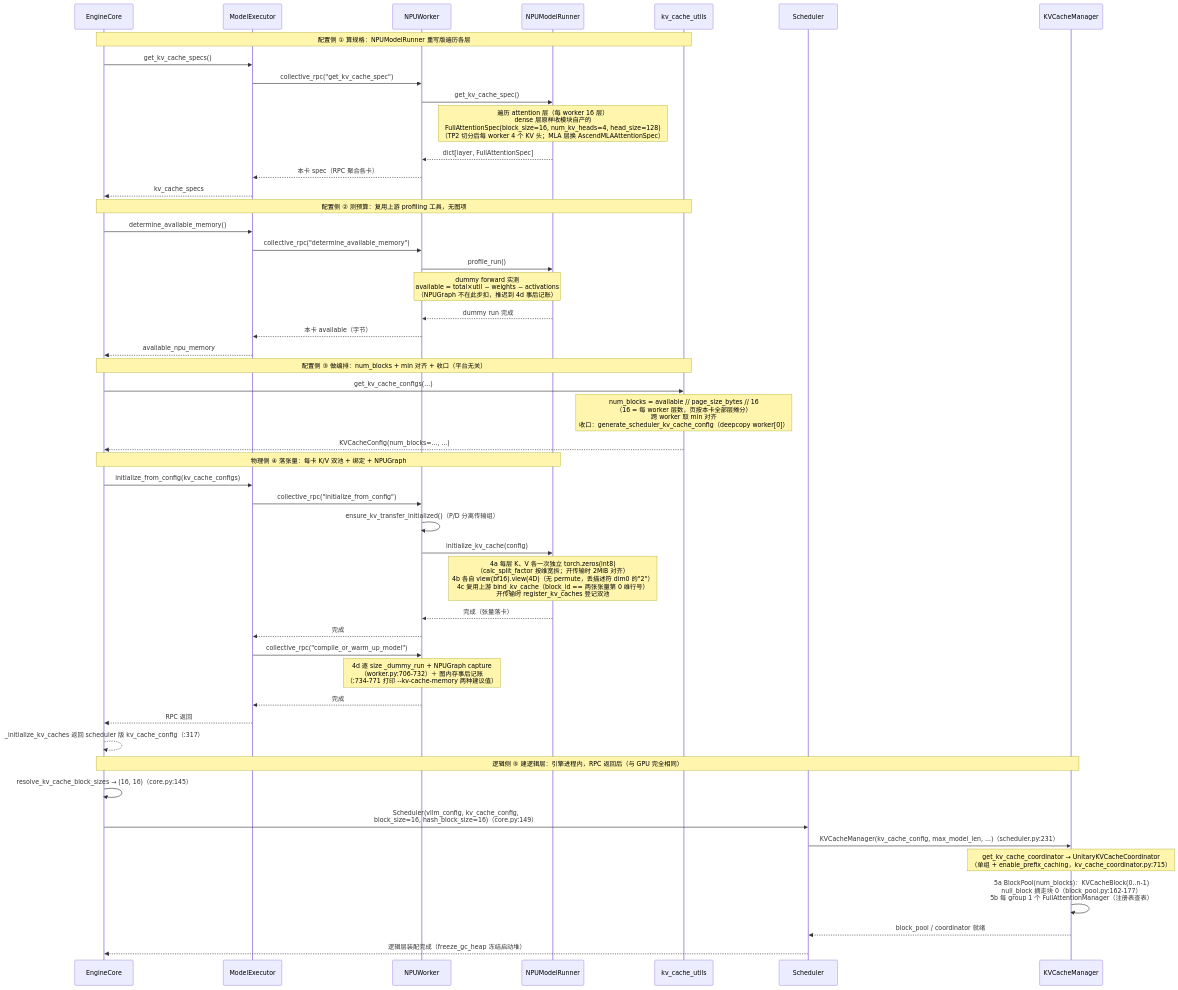
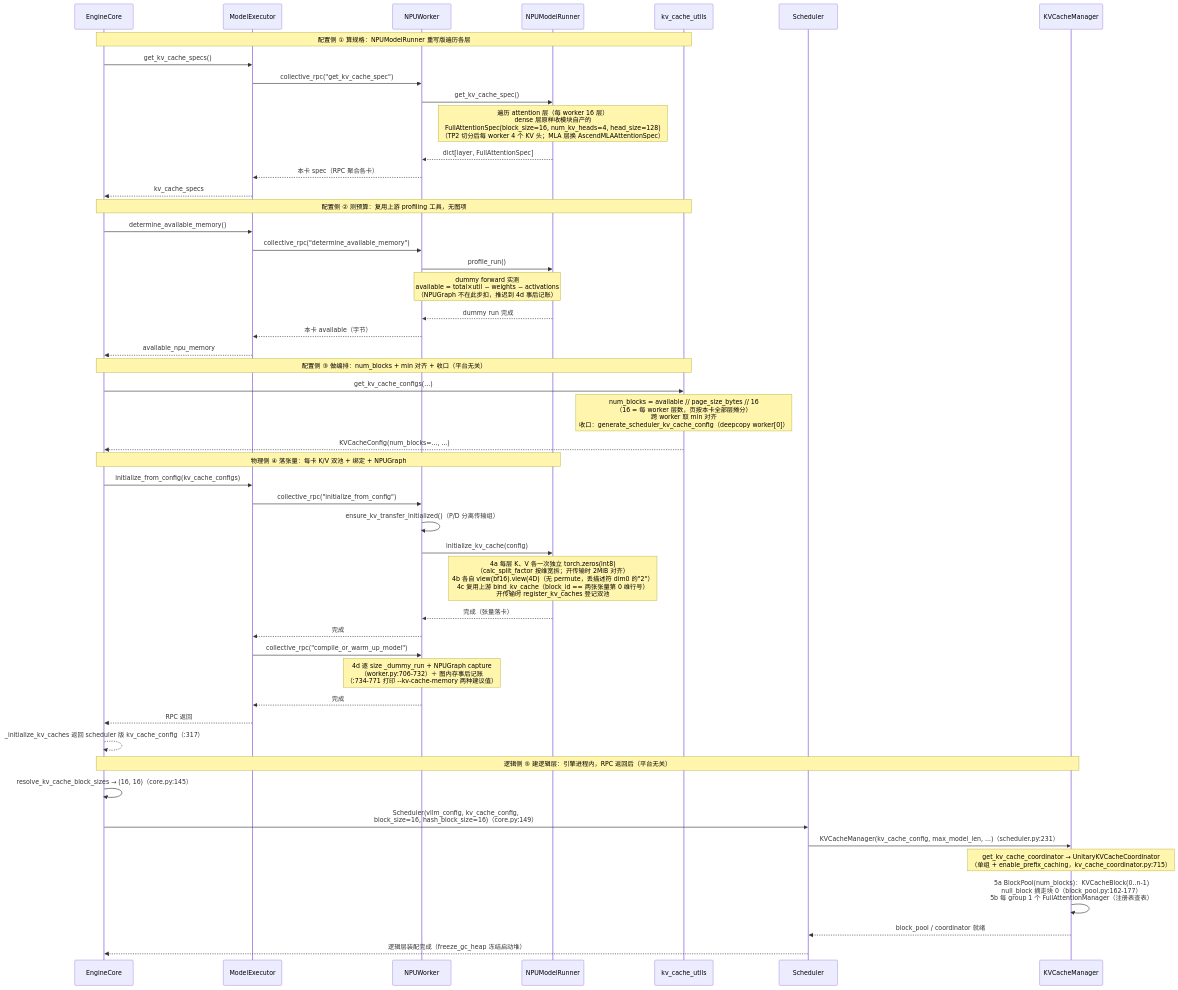
The diagram in vllm/v1/core/kvcache_study/kvcache_docs_v2/docs_npu/2_start_init.md (GoCHug/vllm), drawn with Mermaid before and after one commit. The commit also changed other lines of this file and 4 other files, not shown here.

````diff
--- a/vllm/v1/core/kvcache_study/kvcache_docs_v2/docs_npu/2_start_init.md
+++ b/vllm/v1/core/kvcache_study/kvcache_docs_v2/docs_npu/2_start_init.md
@@ -76,57 +76,57 @@
 ```mermaid
 %%{init: {"themeVariables": {"actorFontSize": "11px", "messageFontSize": "11px", "noteFontSize": "11px"}, "sequence": {"actorMargin": 40, "messageMargin": 16, "noteMargin": 8, "boxMargin": 8, "mirrorActors": true}}}%%
 sequenceDiagram
     participant EngineCore
     participant ModelExecutor
     participant NPUWorker
     participant NPUModelRunner
     participant kv_cache_utils
     participant Scheduler
     participant KVCacheManager
 
     Note over EngineCore,kv_cache_utils: 配置侧 ① 算规格：NPUModelRunner 重写版遍历各层
     EngineCore->>ModelExecutor: get_kv_cache_specs()
     ModelExecutor->>NPUWorker: collective_rpc("get_kv_cache_spec")
     NPUWorker->>NPUModelRunner: get_kv_cache_spec()
     Note over NPUModelRunner: 遍历 attention 层（每 worker 16 层）<br/>dense 层原样收模块自产的<br/>FullAttentionSpec(block_size=16, num_kv_heads=4, head_size=128)<br/>（TP2 切分后每 worker 4 个 KV 头；MLA 层换 AscendMLAAttentionSpec）
     NPUModelRunner-->>NPUWorker: dict[layer, FullAttentionSpec]
     NPUWorker-->>ModelExecutor: 本卡 spec（RPC 聚合各卡）
     ModelExecutor-->>EngineCore: kv_cache_specs
 
     Note over EngineCore,kv_cache_utils: 配置侧 ② 测预算：复用上游 profiling 工具，无图项
     EngineCore->>ModelExecutor: determine_available_memory()
     ModelExecutor->>NPUWorker: collective_rpc("determine_available_memory")
     NPUWorker->>NPUModelRunner: profile_run()
     Note over NPUWorker,NPUModelRunner: dummy forward 实测<br/>available = total×util − weights − activations<br/>（NPUGraph 不在此步扣，推迟到 4d 事后记账）
     NPUModelRunner-->>NPUWorker: dummy run 完成
     NPUWorker-->>ModelExecutor: 本卡 available（字节）
     ModelExecutor-->>EngineCore: available_npu_memory
 
     Note over EngineCore,kv_cache_utils: 配置侧 ③ 做编排：num_blocks + min 对齐 + 收口（平台无关）
     EngineCore->>kv_cache_utils: get_kv_cache_configs(...)
     Note over kv_cache_utils: num_blocks = available // page_size_bytes // 16<br/>（16 = 每 worker 层数，页按本卡全部层摊分）<br/>跨 worker 取 min 对齐<br/>收口：generate_scheduler_kv_cache_config（deepcopy worker[0]）
     kv_cache_utils-->>EngineCore: KVCacheConfig(num_blocks=..., ...)
 
     Note over EngineCore,NPUModelRunner: 物理侧 ④ 落张量：每卡 K/V 双池 + 绑定 + NPUGraph
     EngineCore->>ModelExecutor: initialize_from_config(kv_cache_configs)
     ModelExecutor->>NPUWorker: collective_rpc("initialize_from_config")
     NPUWorker->>NPUWorker: ensure_kv_transfer_initialized()（P/D 分离传输组）
     NPUWorker->>NPUModelRunner: initialize_kv_cache(config)
     Note over NPUModelRunner: 4a 每层 K、V 各一次独立 torch.zeros(int8)<br/>（calc_split_factor 按维宽拆；开传输时 2MiB 对齐）<br/>4b 各自 view(bf16).view(4D)（无 permute，丢描述符 dim0 的"2"）<br/>4c 复用上游 bind_kv_cache（block_id == 两张张量第 0 维行号）<br/>开传输时 register_kv_caches 登记双池
     NPUModelRunner-->>NPUWorker: 完成（张量落卡）
     NPUWorker-->>ModelExecutor: 完成
     ModelExecutor->>NPUWorker: collective_rpc("compile_or_warm_up_model")
     Note over NPUWorker: 4d 逐 size _dummy_run + NPUGraph capture<br/>（worker.py:706-732）＋ 图内存事后记账<br/>（:734-771 打印 --kv-cache-memory 两种建议值）
     NPUWorker-->>ModelExecutor: 完成
     ModelExecutor-->>EngineCore: RPC 返回
     EngineCore-->>EngineCore: _initialize_kv_caches 返回 scheduler 版 kv_cache_config（:317）
 
-    Note over EngineCore,KVCacheManager: 逻辑侧 ⑤ 建逻辑层：引擎进程内，RPC 返回后（与 GPU 完全相同）
+    Note over EngineCore,KVCacheManager: 逻辑侧 ⑤ 建逻辑层：引擎进程内，RPC 返回后（平台无关）
     EngineCore->>EngineCore: resolve_kv_cache_block_sizes → (16, 16)（core.py:145）
     EngineCore->>Scheduler: Scheduler(vllm_config, kv_cache_config,<br/>block_size=16, hash_block_size=16)（core.py:149）
     Scheduler->>KVCacheManager: KVCacheManager(kv_cache_config, max_model_len, ...)（scheduler.py:231）
     Note over KVCacheManager: get_kv_cache_coordinator → UnitaryKVCacheCoordinator<br/>（单组 + enable_prefix_caching，kv_cache_coordinator.py:715）
     KVCacheManager->>KVCacheManager: 5a BlockPool(num_blocks)：KVCacheBlock(0..n-1)<br/>null_block 摘走块 0（block_pool.py:162-177）<br/>5b 每 group 1 个 FullAttentionManager（注册表查表）
     KVCacheManager-->>Scheduler: block_pool / coordinator 就绪
     Scheduler-->>EngineCore: 逻辑层装配完成（freeze_gc_heap 冻结启动堆）
 ```
````
